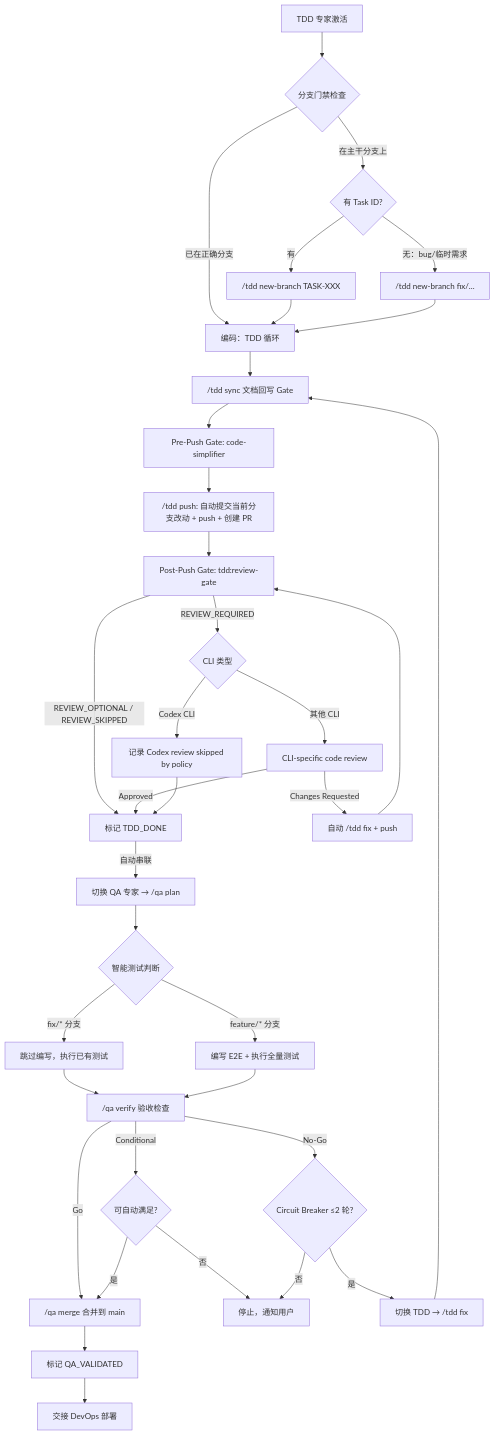
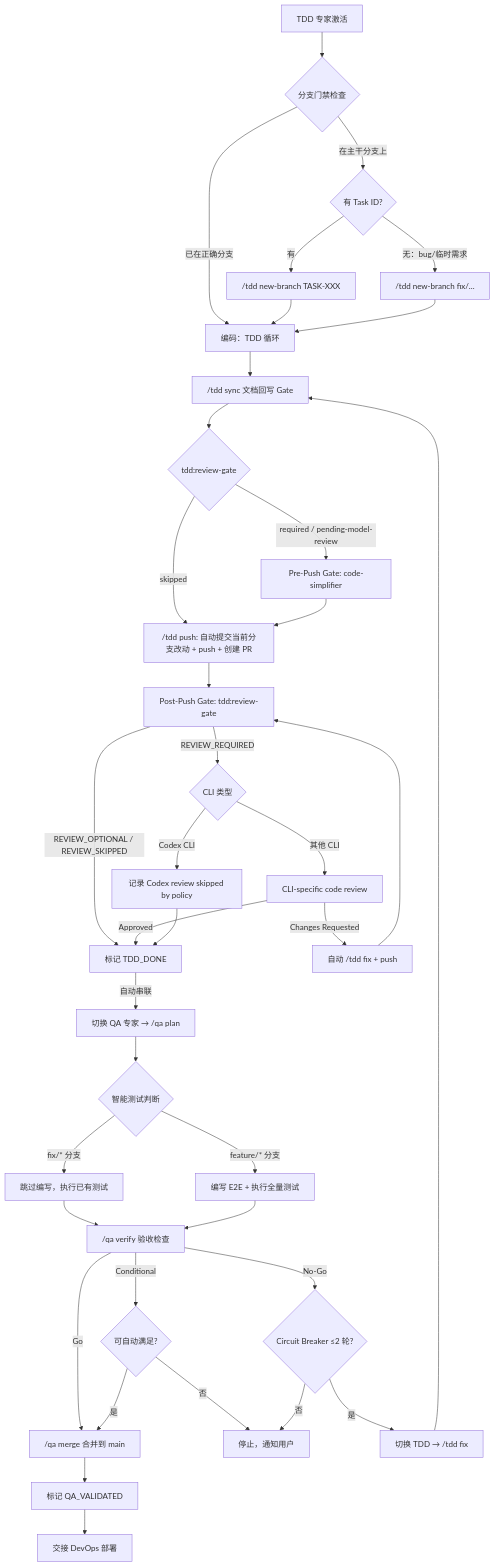
The diagram in AgentRoles/Handbooks/TDD-PROGRAMMING-EXPERT.playbook.md (hollisyao2024/PromptsEngineering), drawn with Mermaid before and after one commit. The commit also changed other lines of this file and 1 other file, not shown here.

Commit message:
docs(tdd): Pre-Push Gate 改为条件执行，复用 tdd:review-gate 跳过逻辑
将 code-simplifier 由"每次 push 强制执行"改为基于 tdd:review-gate 输出判定：
Gate-Result=skipped 时跳过；required/pending-model-review 才执行。
同步更新修复循环、流程图和 CLI 对照表。

````diff
--- a/AgentRoles/Handbooks/TDD-PROGRAMMING-EXPERT.playbook.md
+++ b/AgentRoles/Handbooks/TDD-PROGRAMMING-EXPERT.playbook.md
@@ -196,38 +196,40 @@
 ```mermaid
 flowchart TD
     A[TDD 专家激活] --> B{分支门禁检查}
     B -->|在主干分支上| C{有 Task ID?}
     B -->|已在正确分支| F[编码：TDD 循环]
     C -->|有| D["/tdd new-branch TASK-XXX"]
     C -->|无：bug/临时需求| E["/tdd new-branch fix/..."]
     D --> F
     E --> F
     F --> G["/tdd sync 文档回写 Gate"]
-    G --> G2["Pre-Push Gate: code-simplifier"]
-    G2 --> H["/tdd push: 自动提交当前分支改动 + push + 创建 PR"]
+    G --> G1{tdd:review-gate}
+    G1 -->|skipped| H["/tdd push: 自动提交当前分支改动 + push + 创建 PR"]
+    G1 -->|required / pending-model-review| G2["Pre-Push Gate: code-simplifier"]
+    G2 --> H
     H --> H2["Post-Push Gate: tdd:review-gate"]
     H2 -->|REVIEW_REQUIRED| H3{CLI 类型}
     H2 -->|REVIEW_OPTIONAL / REVIEW_SKIPPED| I[标记 TDD_DONE]
     H3 -->|Codex CLI| H4["记录 Codex review skipped by policy"]
     H3 -->|其他 CLI| H5["CLI-specific code review"]
     H5 -->|Approved| I
     H4 --> I
     H5 -->|Changes Requested| H6["自动 /tdd fix + push"]
     H6 --> H2
     I -->|自动串联| QA1["切换 QA 专家 → /qa plan"]
     QA1 --> QA2{智能测试判断}
     QA2 -->|fix/* 分支| QA3[跳过编写，执行已有测试]
     QA2 -->|feature/* 分支| QA4[编写 E2E + 执行全量测试]
     QA3 --> QA5["/qa verify 验收检查"]
     QA4 --> QA5
     QA5 -->|Go| QA6["/qa merge 合并到 main"]
     QA5 -->|Conditional| QA7{可自动满足?}
     QA7 -->|是| QA6
     QA7 -->|否| STOP[停止，通知用户]
     QA5 -->|No-Go| QA8{Circuit Breaker ≤2 轮?}
     QA8 -->|是| FIX["切换 TDD → /tdd fix"]
     QA8 -->|否| STOP
     FIX --> G
     QA6 --> QA9[标记 QA_VALIDATED]
     QA9 --> DEPLOY[交接 DevOps 部署]
 ```
````
